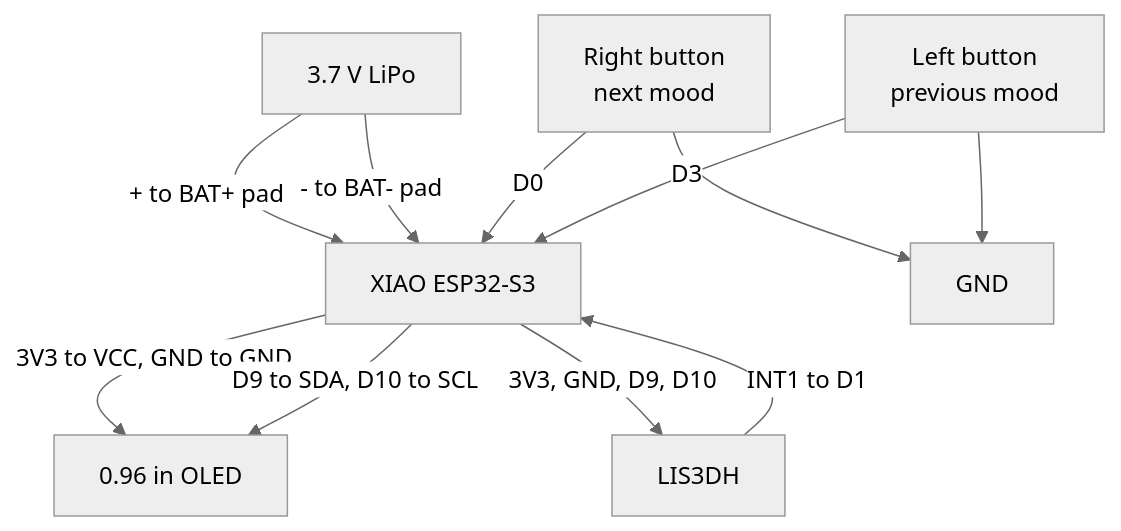
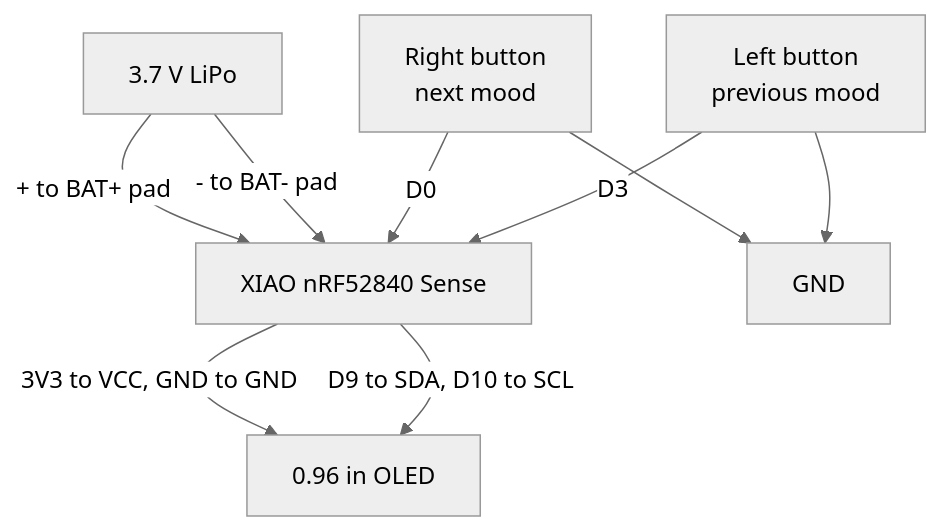
The third of 5 diagrams in README.md (hronkrobotics/solareyes), drawn with Mermaid (neutral theme) before and after one commit. The commit also changed other lines of this file and 6 other files, not shown here.

First line of the commit message:
Port the firmware to the XIAO nRF52840 Sense

````diff
--- a/README.md
+++ b/README.md
@@ -117,21 +114,18 @@
 ```mermaid
 flowchart TD
     CELL["3.7 V LiPo"]
-    MCU["XIAO ESP32-S3"]
+    MCU["XIAO nRF52840 Sense"]
     OLED["0.96 in OLED"]
-    ACC["LIS3DH"]
     NEXT["Right button<br/>next mood"]
     PREV["Left button<br/>previous mood"]
     GND["GND"]
 
     CELL -->|"+ to BAT+ pad"| MCU
     CELL -->|"- to BAT- pad"| MCU
     MCU -->|"3V3 to VCC, GND to GND"| OLED
     MCU -->|"D9 to SDA, D10 to SCL"| OLED
-    MCU -->|"3V3, GND, D9, D10"| ACC
-    ACC -->|"INT1 to D1"| MCU
     NEXT -->|"D0"| MCU
     PREV -->|"D3"| MCU
     NEXT --> GND
     PREV --> GND
 ```
````
